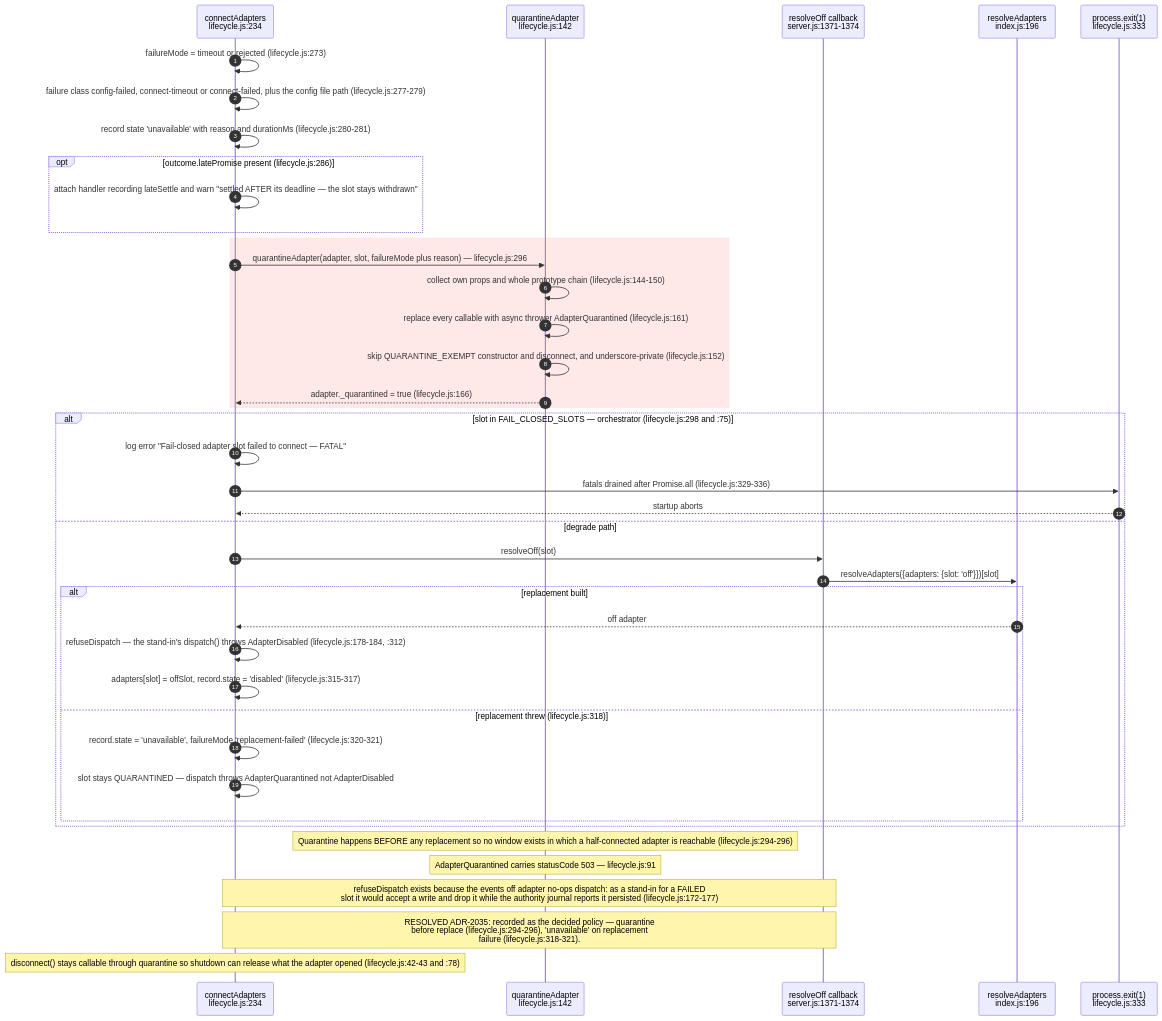
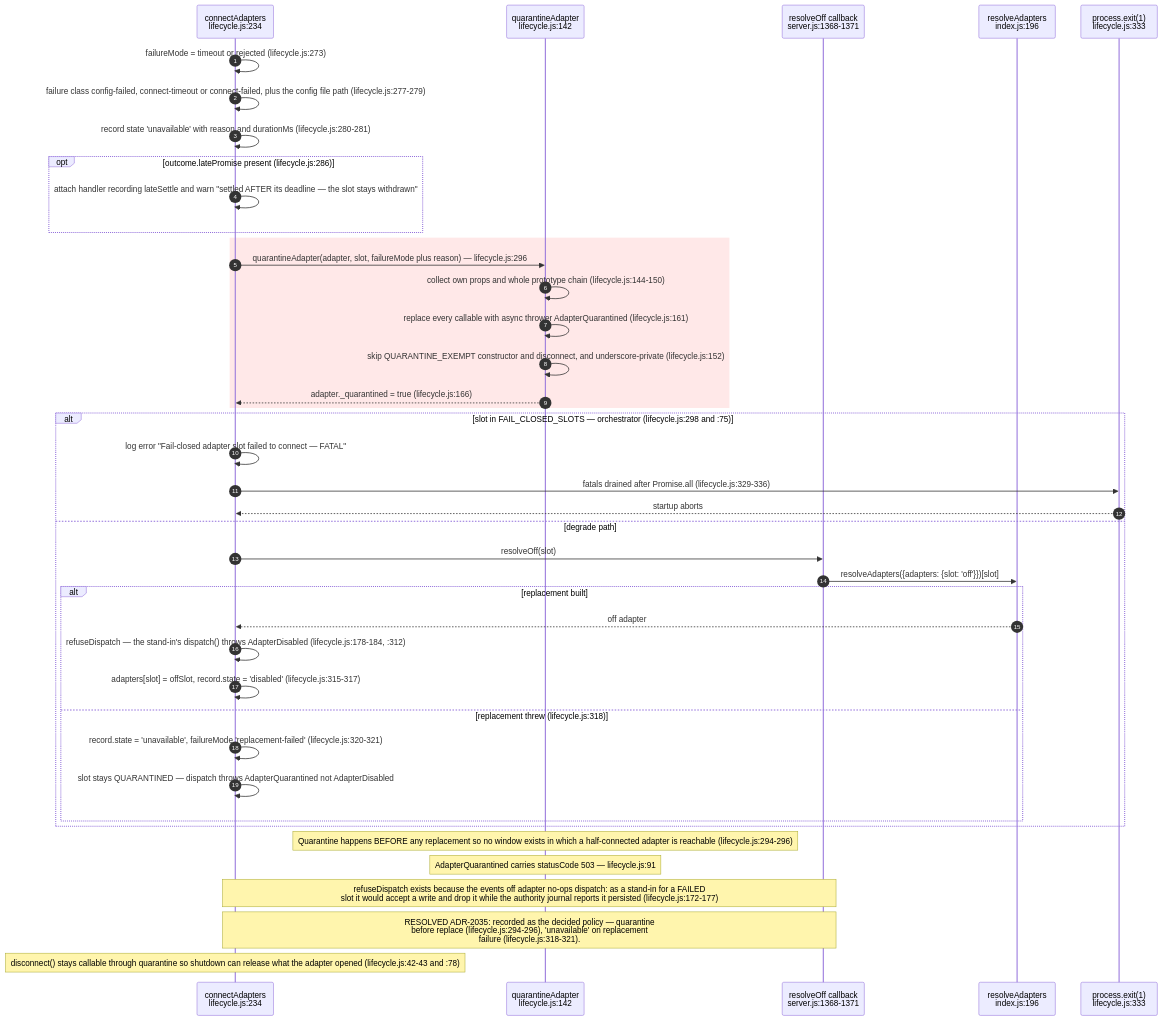
Before and after one commit to DreamLab-AI/VisionFlow: the seventh of 16 diagrams in docs/diagrams/agentbox/04-adapter-spine.md, drawn with Mermaid. The commit also changed other lines of this file and 9 other files, not shown here.

Commit message:
docs: align management, adapter and identity diagrams (#35)

````diff
--- a/docs/diagrams/agentbox/04-adapter-spine.md
+++ b/docs/diagrams/agentbox/04-adapter-spine.md
@@ -310,44 +311,44 @@
 ```mermaid
 sequenceDiagram
     autonumber
     participant LC as connectAdapters<br/>lifecycle.js:234
     participant Q as quarantineAdapter<br/>lifecycle.js:142
-    participant RO as resolveOff callback<br/>server.js:1371-1374
+    participant RO as resolveOff callback<br/>server.js:1368-1371
     participant IDX as resolveAdapters<br/>index.js:196
     participant PX as process.exit(1)<br/>lifecycle.js:333
 
     LC->>LC: failureMode = timeout or rejected (lifecycle.js:273)
     LC->>LC: failure class config-failed, connect-timeout or connect-failed, plus the config file path (lifecycle.js:277-279)
     LC->>LC: record state 'unavailable' with reason and durationMs (lifecycle.js:280-281)
     opt outcome.latePromise present (lifecycle.js:286)
         LC->>LC: attach handler recording lateSettle and warn "settled AFTER its deadline — the slot stays withdrawn"
     end
     rect rgb(255, 232, 232)
         LC->>Q: quarantineAdapter(adapter, slot, failureMode plus reason) — lifecycle.js:296
         Q->>Q: collect own props and whole prototype chain (lifecycle.js:144-150)
         Q->>Q: replace every callable with async thrower AdapterQuarantined (lifecycle.js:161)
         Q->>Q: skip QUARANTINE_EXEMPT constructor and disconnect, and underscore-private (lifecycle.js:152)
         Q-->>LC: adapter._quarantined = true (lifecycle.js:166)
     end
     alt slot in FAIL_CLOSED_SLOTS — orchestrator (lifecycle.js:298 and :75)
         LC->>LC: log error "Fail-closed adapter slot failed to connect — FATAL"
         LC->>PX: fatals drained after Promise.all (lifecycle.js:329-336)
         PX-->>LC: startup aborts
     else degrade path
         LC->>RO: resolveOff(slot)
         RO->>IDX: resolveAdapters({adapters: {slot: 'off'}})[slot]
         alt replacement built
             IDX-->>LC: off adapter
             LC->>LC: refuseDispatch — the stand-in's dispatch() throws AdapterDisabled (lifecycle.js:178-184, :312)
             LC->>LC: adapters[slot] = offSlot, record.state = 'disabled' (lifecycle.js:315-317)
         else replacement threw (lifecycle.js:318)
             LC->>LC: record.state = 'unavailable', failureMode 'replacement-failed' (lifecycle.js:320-321)
             LC->>LC: slot stays QUARANTINED — dispatch throws AdapterQuarantined not AdapterDisabled
         end
     end
     Note over Q: Quarantine happens BEFORE any replacement so no window exists in which a half-connected adapter is reachable (lifecycle.js:294-296)
     Note over Q: AdapterQuarantined carries statusCode 503 — lifecycle.js:91
     Note over LC,RO: refuseDispatch exists because the events off adapter no-ops dispatch: as a stand-in for a FAILED<br/>slot it would accept a write and drop it while the authority journal reports it persisted (lifecycle.js:172-177)
     Note over LC,RO: RESOLVED ADR-2035: recorded as the decided policy — quarantine<br/>before replace (lifecycle.js:294-296), 'unavailable' on replacement<br/>failure (lifecycle.js:318-321).
     Note over LC: disconnect() stays callable through quarantine so shutdown can release what the adapter opened (lifecycle.js:42-43 and :78)
 ```
````
